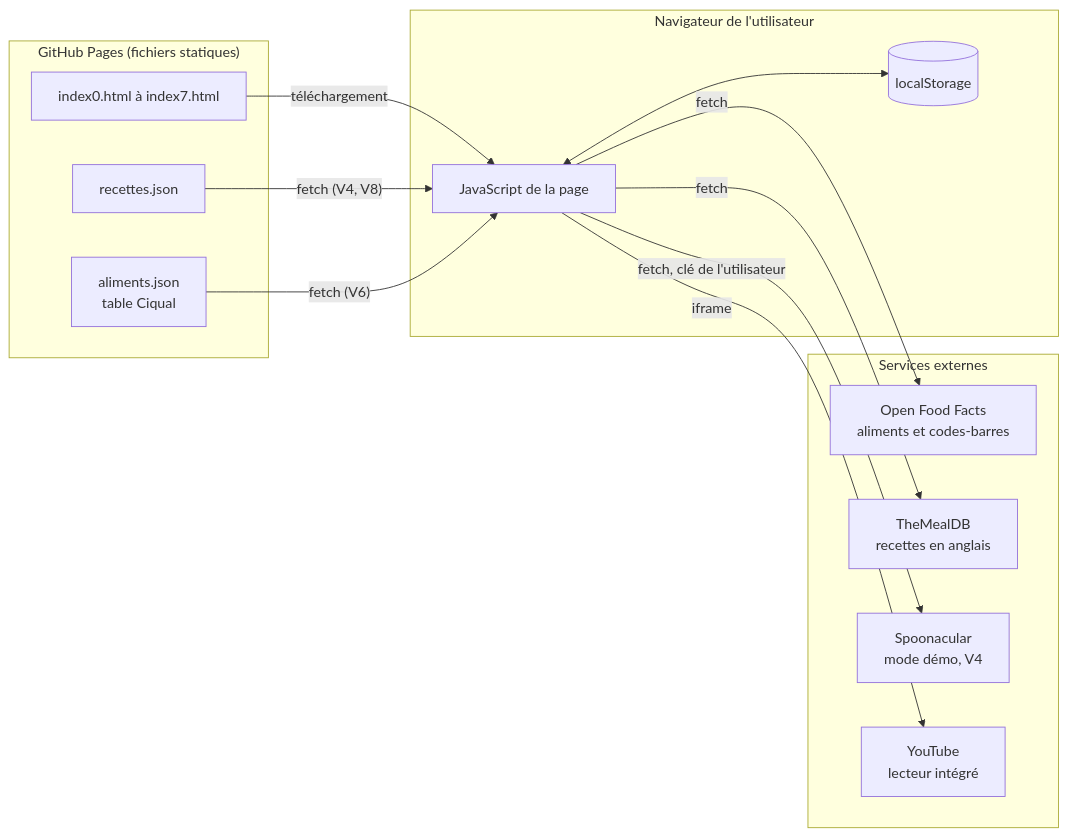
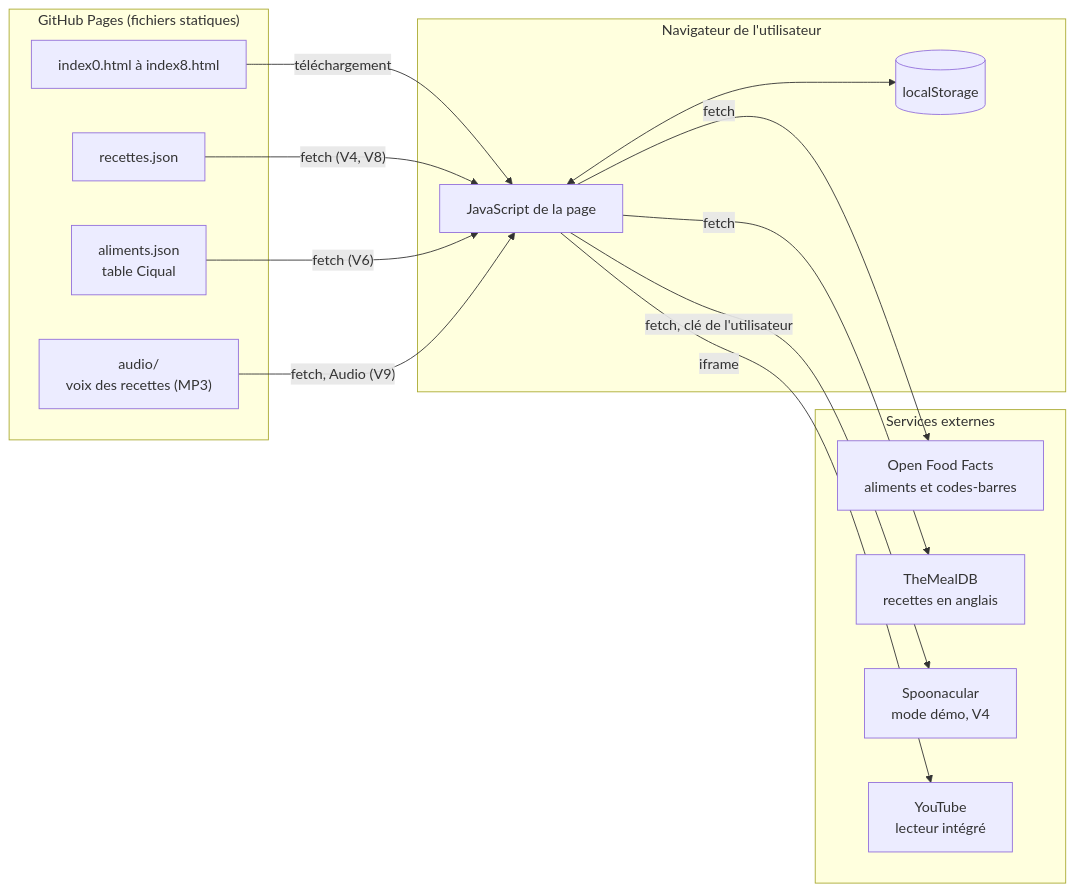
One commit to Sami-Le/generateur-de-recettes changed the first of 8 diagrams in technique.md. Above: the diagram before and after it, drawn with Mermaid. The commit also changed other lines of this file and 9 other files, not shown here.

First line of the commit message:
V9 : même voix sur tous les appareils (fichiers audio générés avec Piper)

````diff
--- a/technique.md
+++ b/technique.md
@@ -9,26 +9,28 @@
 ```mermaid
 flowchart LR
     subgraph GH["GitHub Pages (fichiers statiques)"]
-        H["index0.html à index7.html"]
+        H["index0.html à index8.html"]
         R["recettes.json"]
         A["aliments.json<br/>table Ciqual"]
+        V["audio/<br/>voix des recettes (MP3)"]
     end
     subgraph NAV["Navigateur de l'utilisateur"]
         JS["JavaScript de la page"]
         LS[("localStorage")]
     end
     subgraph API["Services externes"]
         OFF["Open Food Facts<br/>aliments et codes-barres"]
         MDB["TheMealDB<br/>recettes en anglais"]
         SP["Spoonacular<br/>mode démo, V4"]
         YT["YouTube<br/>lecteur intégré"]
     end
     H -->|"téléchargement"| JS
     R -->|"fetch (V4, V8)"| JS
     A -->|"fetch (V6)"| JS
+    V -->|"fetch, Audio (V9)"| JS
     JS <--> LS
     JS -->|"fetch"| OFF
     JS -->|"fetch"| MDB
     JS -->|"fetch, clé de l'utilisateur"| SP
     JS -->|"iframe"| YT
 ```
````
